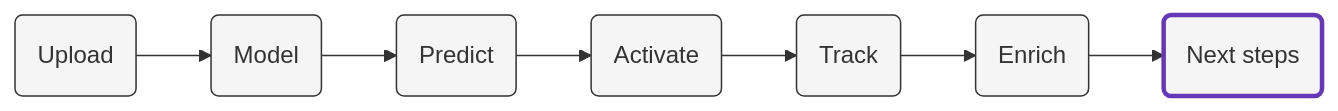
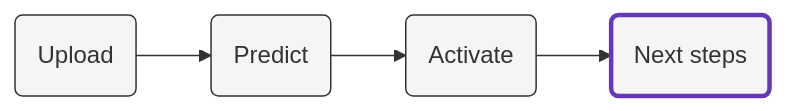
Before and after one commit to snowplow/composable-cdp-with-predictive-ml-modeling-accelerator: the diagram in content/next_steps/_index.md, drawn with Mermaid. The commit also changed other lines of this file and 7 other files, not shown here.

```diff
--- a/content/next_steps/_index.md
+++ b/content/next_steps/_index.md
@@ -11,11 +11,8 @@
 {{<mermaid>}}
 flowchart LR
-    id1(Upload)-->id2(Model)-->id3(Predict)-->id4(Activate)-->id5(Track)-->id6(Enrich)-->id7(Next steps)
+    id1(Upload)-->id2(Predict)-->id3(Activate)-->id4(Next steps)
     style id1 fill:#f5f5f5,stroke:#333,stroke-width:1px
     style id2 fill:#f5f5f5,stroke:#333,stroke-width:1px
     style id3 fill:#f5f5f5,stroke:#333,stroke-width:1px
-    style id4 fill:#f5f5f5,stroke:#333,stroke-width:1px
-    style id5 fill:#f5f5f5,stroke:#333,stroke-width:1px
-    style id6 fill:#f5f5f5,stroke:#333,stroke-width:1px
-    style id7 fill:#f5f5f5,stroke:#6638B8,stroke-width:3px
+    style id4 fill:#f5f5f5,stroke:#6638B8,stroke-width:3px
 {{</mermaid >}}
```
